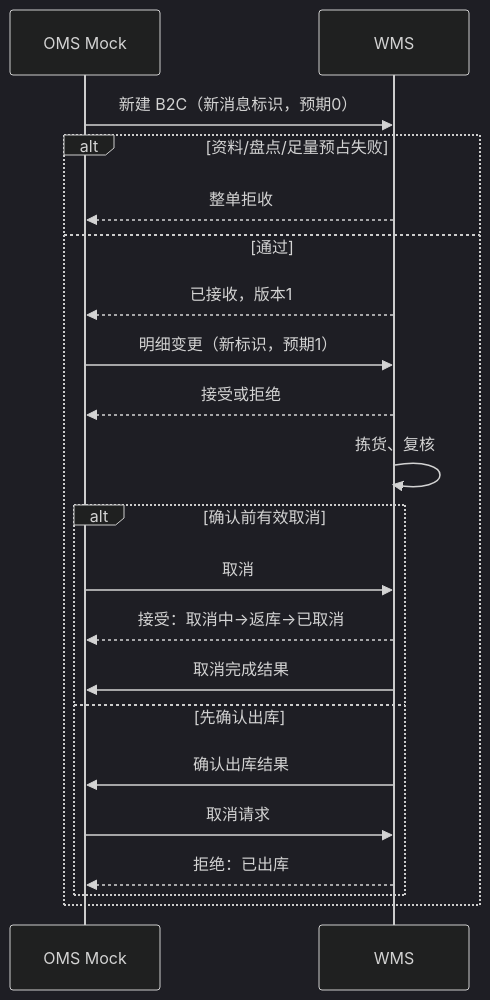
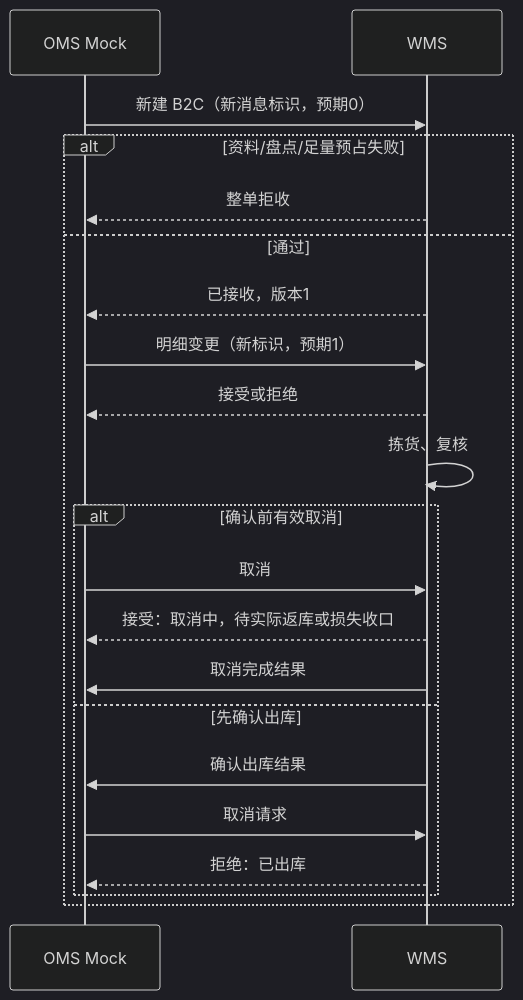
The second of 2 diagrams in 05-应用设计方案/20261002-MVP版本/系统架构设计/06-接口与OMS Mock消息设计.md (TopVitamin/QS-WMS-Project), drawn with Mermaid (dark theme) before and after one commit. The commit also changed other lines of this file and 148 other files, not shown here.

````diff
--- a/05-应用设计方案/20261002-MVP版本/系统架构设计/06-接口与OMS Mock消息设计.md
+++ b/05-应用设计方案/20261002-MVP版本/系统架构设计/06-接口与OMS Mock消息设计.md
@@ -114,23 +116,23 @@
 ```mermaid
 sequenceDiagram
     participant M as OMS Mock
     participant W as WMS
     M->>W: 新建 B2C（新消息标识，预期0）
     alt 资料/盘点/足量预占失败
         W-->>M: 整单拒收
     else 通过
         W-->>M: 已接收，版本1
         M->>W: 明细变更（新标识，预期1）
         W-->>M: 接受或拒绝
         W->>W: 拣货、复核
         alt 确认前有效取消
             M->>W: 取消
-            W-->>M: 接受：取消中→返库→已取消
+            W-->>M: 接受：取消中，待实际返库或损失收口
             W->>M: 取消完成结果
         else 先确认出库
             W->>M: 确认出库结果
             M->>W: 取消请求
             W-->>M: 拒绝：已出库
         end
     end
 ```
````
